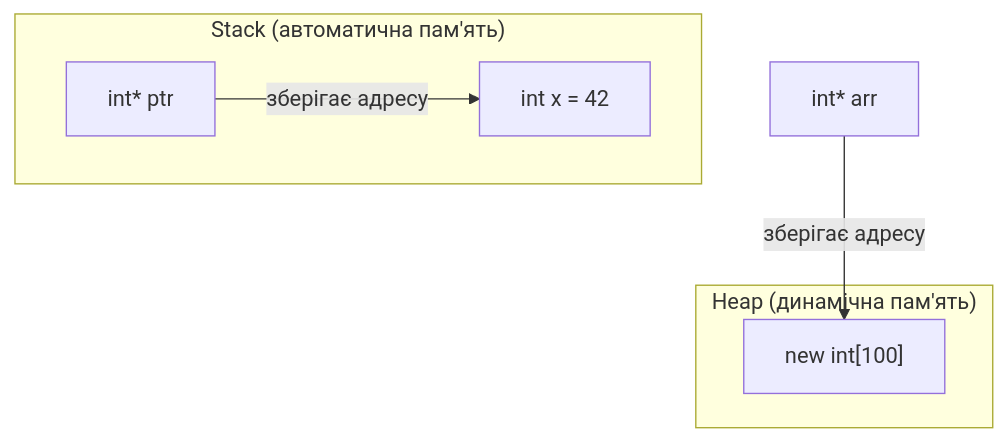
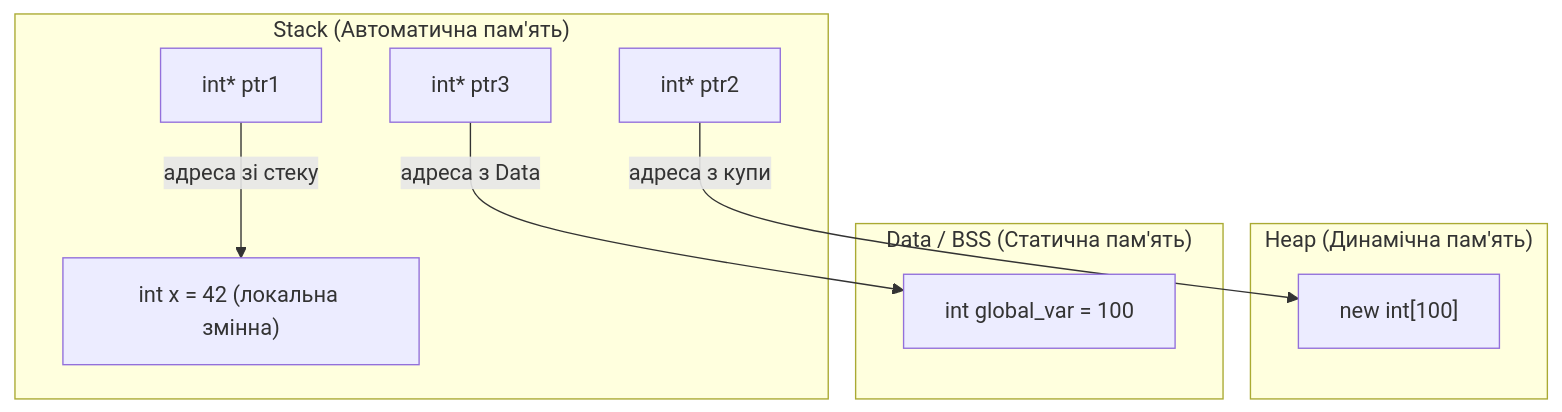
One commit to vplanto/cpp changed the diagram in docs/06_pointers.md. Above: the diagram before and after it, drawn with Mermaid. The commit also changed other lines of this file and 2 other files, not shown here.

````diff
--- a/docs/06_pointers.md
+++ b/docs/06_pointers.md
@@ -84,12 +125,18 @@
 ```mermaid
 graph TB
-    subgraph Stack["Stack (автоматична пам'ять)"]
-        A["int x = 42"]
-        B["int* ptr"]
+    subgraph Stack["Stack (Автоматична пам'ять)"]
+        A["int x = 42 (локальна змінна)"]
+        B["int* ptr1"]
+        D["int* ptr2"]
+        F["int* ptr3"]
     end
-    subgraph Heap["Heap (динамічна пам'ять)"]
+    subgraph Heap["Heap (Динамічна пам'ять)"]
         C["new int[100]"]
     end
-    B -->|"зберігає адресу"| A
-    D["int* arr"] -->|"зберігає адресу"| C
+    subgraph Data["Data / BSS (Статична пам'ять)"]
+        E["int global_var = 100"]
+    end
+    B -->|"адреса зі стеку"| A
+    D -->|"адреса з купи"| C
+    F -->|"адреса з Data"| E
 ```
````
